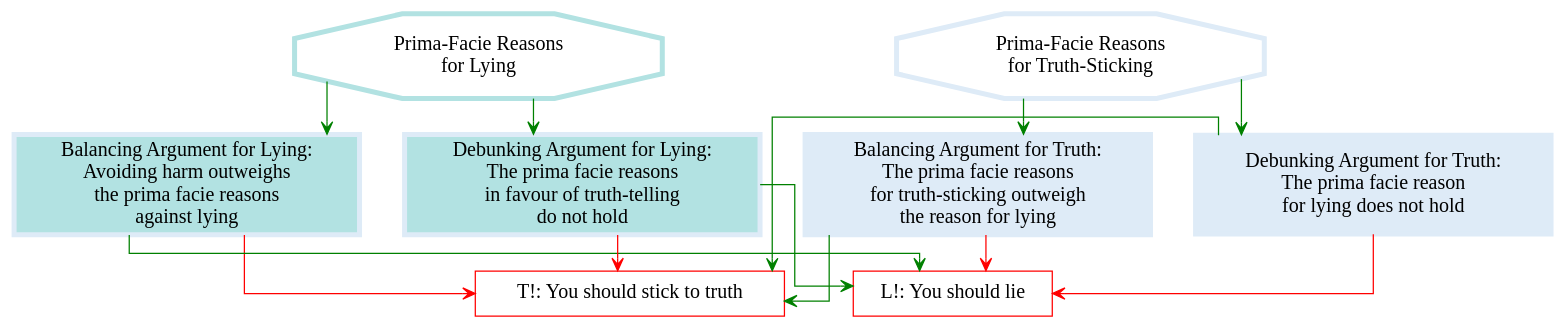
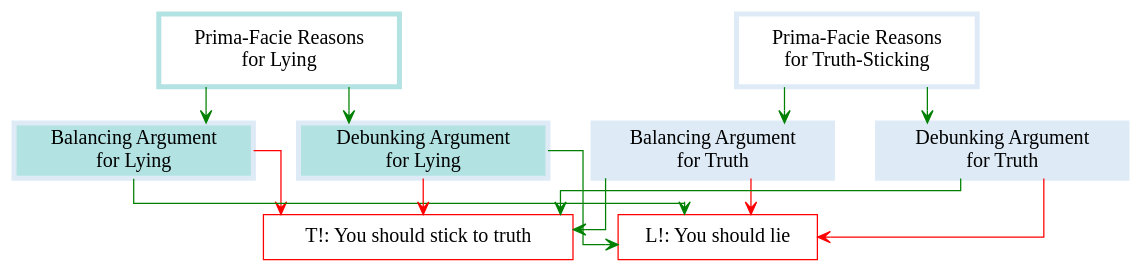
Before and after one commit to JenkaUbuntu/twon-website-mockup.github.io: the diagram in Graphics/arg-struct-lying-example.dot, drawn with Graphviz. The commit also changed 11 other files, not shown here.

```diff
--- a/Graphics/arg-struct-lying-example.dot
+++ b/Graphics/arg-struct-lying-example.dot
@@ -1,97 +1,97 @@
 digraph ARG_LYING {
   graph [newrank = true,
 		nodesep = 0.5,
 		ranksep = 0.4,
 		overlap = false,
 		splines = ortho]
  node [fixedsize = false,
 		fontsize = 16,
 		height = 1,
 		shape = box,
 		style = "filled,setlinewidth(4)",
 		width = 1,
 		color="#deebf7"]
  edge [arrowhead = vee,
 		arrowsize = 1,
 		labelfontname = "Ubuntu",
 		weight = 1,
 		style = "filled,setlinewidth(1)",
 		/*color=black*/]
 
   /* Entities */
 
 
 PFRT [
-    shape=octagon
+    shape=box
     label="Prima-Facie Reasons \nfor Truth-Sticking"
     fillcolor="white",
     width=1
     height=.8];
  PFRL [
-    shape=octagon
+    shape=box
     label="Prima-Facie Reasons \nfor Lying"
     fillcolor="white", 
     color="#b2e2e2",
     width=1
     height=.8];
  
 ly_ba [
     fillcolor="#b2e2e2",
     fixedsize=false,
-    label="Balancing Argument for Lying: \n Avoiding harm outweighs \nthe prima facie reasons \nagainst lying"
+    label="Balancing Argument \nfor Lying"
     URL="https://jenkaubuntu.github.io/twon-website-mockup.github.io/arg-anal-arg-constr.html#balancing-arguments-for-lying"
     fontcolor=black,
     height=0.6,
     row=func,
     width=1];
 
 ly_tr [
     fillcolor="#b2e2e2",
     fixedsize=false,
-    label="Debunking Argument for Lying: \nThe prima facie reasons \nin favour of truth-telling \ndo not hold"
+    label="Debunking Argument \nfor Lying"
     URL="https://jenkaubuntu.github.io/twon-website-mockup.github.io/arg-anal-arg-constr.html#debunking-arguments-for-lying"
     fontcolor=black,
     height=0.6,
     row=func,
     width=1];
 
 tr_ba [
     fillcolor="#deebf7",
     fixedsize=false,
-    label="Balancing Argument for Truth: \n The prima facie reasons \nfor truth-sticking outweigh \nthe reason for lying"
+    label="Balancing Argument \nfor Truth"
     URL="https://jenkaubuntu.github.io/twon-website-mockup.github.io/arg-anal-arg-constr.html#balancing-arguments-for-truth-sticking"
     fontcolor=black,
     height=0.6,
     row=func,
     width=1];
 
 tr_tr [
     fillcolor="#deebf7",
     fixedsize=false,
-    label="Debunking Argument for Truth: \nThe prima facie reason \nfor lying does not hold"
+    label="Debunking Argument \nfor Truth"
     URL="https://jenkaubuntu.github.io/twon-website-mockup.github.io/arg-anal-arg-constr.html#debunking-argumentation-for-truth-sticking"
     fontcolor=black,
-    height=1.1,
+    height=0.6,
     row=func,
     width=1];
 
 T1 [
     label="T!: You should stick to truth" 
     height=0.5,
     color=red,
     style="solid" 
     fillcolor="white"]
 T2 [label="L!: You should lie" 
     height=0.5,
     color=red,
     style="solid"
     fillcolor="white"]
  
   /* Relationships */
   PFRT -> {tr_ba; tr_tr} -> T1 [color=green]
   PFRL -> {ly_ba; ly_tr} -> T2 [color=green]
   {tr_ba; tr_tr} -> T2 [color=red]
   {ly_ba; ly_tr} -> T1 [color=red]
   /* tr_tr -> PFRL [color=red]
   ly_tr -> PFRT [color=red] */
 }
```
